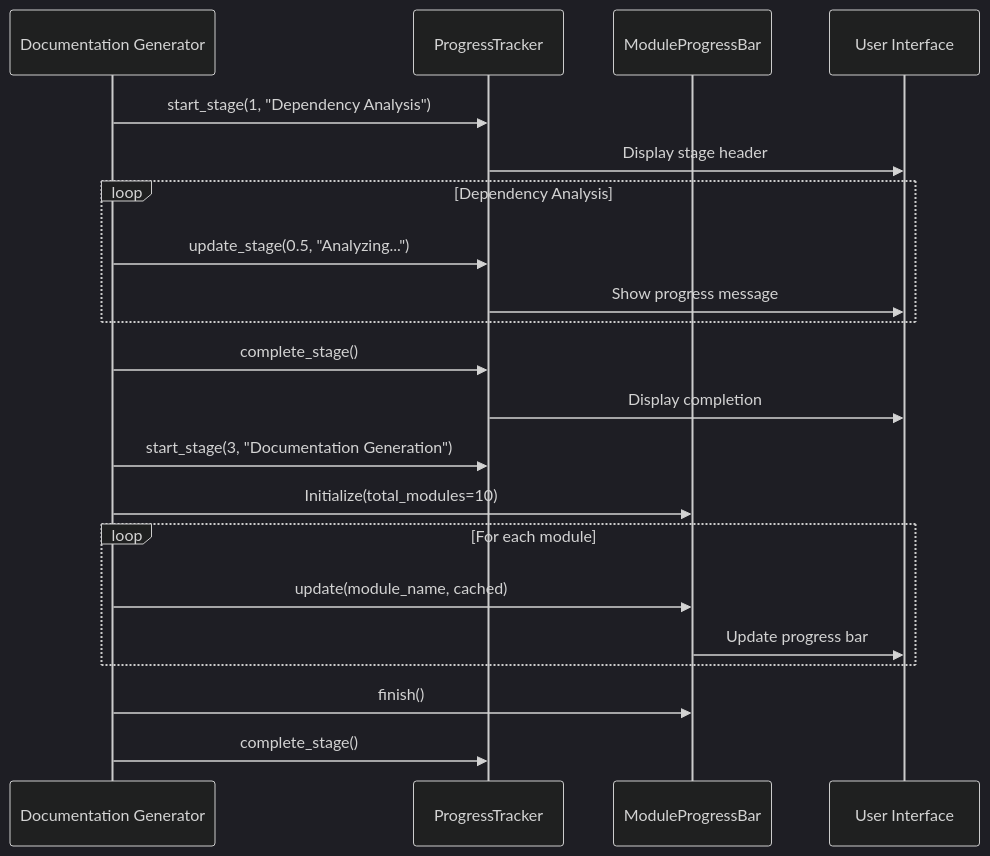
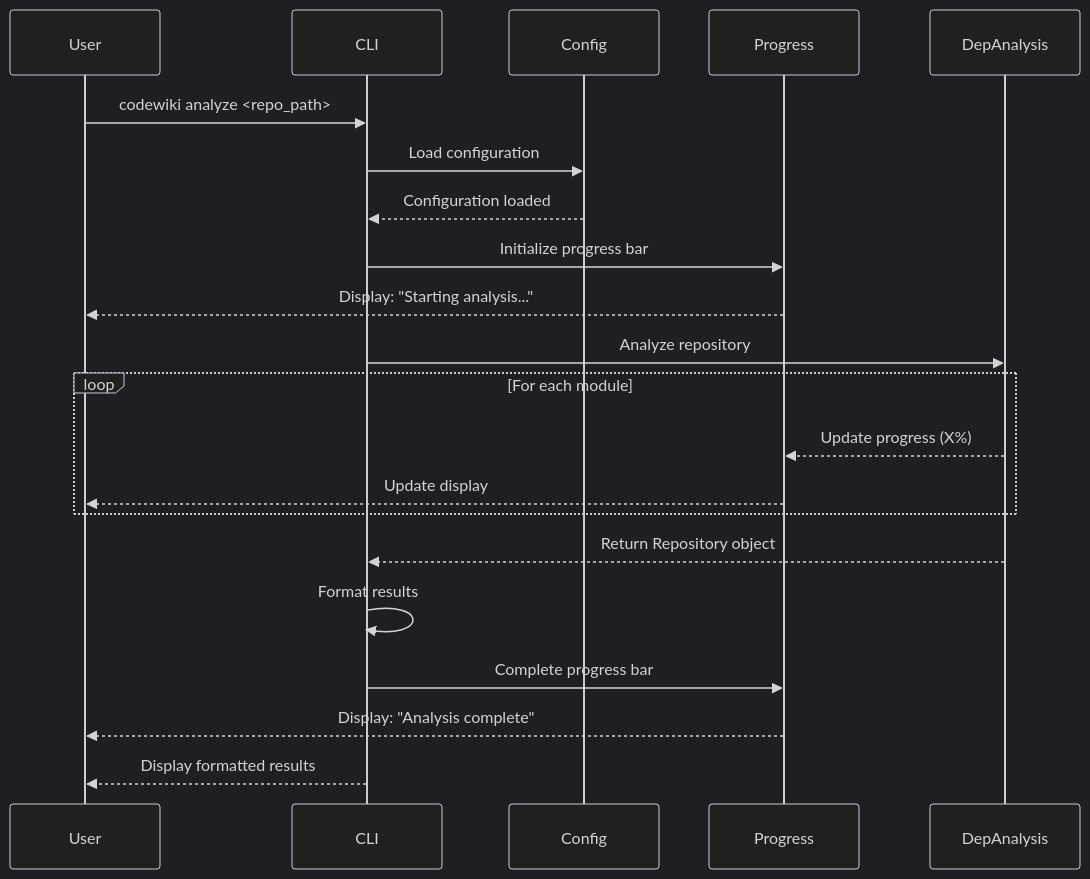
One commit to lsu123/ai-agent changed the tenth of 17 diagrams in docs/cli_interface.md. Above: the diagram before and after it, drawn with Mermaid (dark theme). The commit also changed other lines of this file and 10 other files, not shown here.

````diff
--- a/docs/cli_interface.md
+++ b/docs/cli_interface.md
@@ -345,29 +393,30 @@
 ```mermaid
 sequenceDiagram
-    participant Gen as Documentation Generator
-    participant PT as ProgressTracker
-    participant MPB as ModuleProgressBar
-    participant UI as User Interface
+    participant User
+    participant CLI
+    participant Config
+    participant Progress
+    participant DepAnalysis
     
-    Gen->>PT: start_stage(1, "Dependency Analysis")
-    PT->>UI: Display stage header
+    User->>CLI: codewiki analyze <repo_path>
+    CLI->>Config: Load configuration
+    Config-->>CLI: Configuration loaded
     
-    loop Dependency Analysis
-        Gen->>PT: update_stage(0.5, "Analyzing...")
-        PT->>UI: Show progress message
+    CLI->>Progress: Initialize progress bar
+    Progress-->>User: Display: "Starting analysis..."
+    
+    CLI->>DepAnalysis: Analyze repository
+    
+    loop For each module
+        DepAnalysis-->>Progress: Update progress (X%)
+        Progress-->>User: Update display
     end
     
-    Gen->>PT: complete_stage()
-    PT->>UI: Display completion
+    DepAnalysis-->>CLI: Return Repository object
+    CLI->>CLI: Format results
     
-    Gen->>PT: start_stage(3, "Documentation Generation")
-    Gen->>MPB: Initialize(total_modules=10)
+    CLI->>Progress: Complete progress bar
+    Progress-->>User: Display: "Analysis complete"
     
-    loop For each module
-        Gen->>MPB: update(module_name, cached)
-        MPB->>UI: Update progress bar
-    end
-    
-    Gen->>MPB: finish()
-    Gen->>PT: complete_stage()
+    CLI-->>User: Display formatted results
 ```
````
